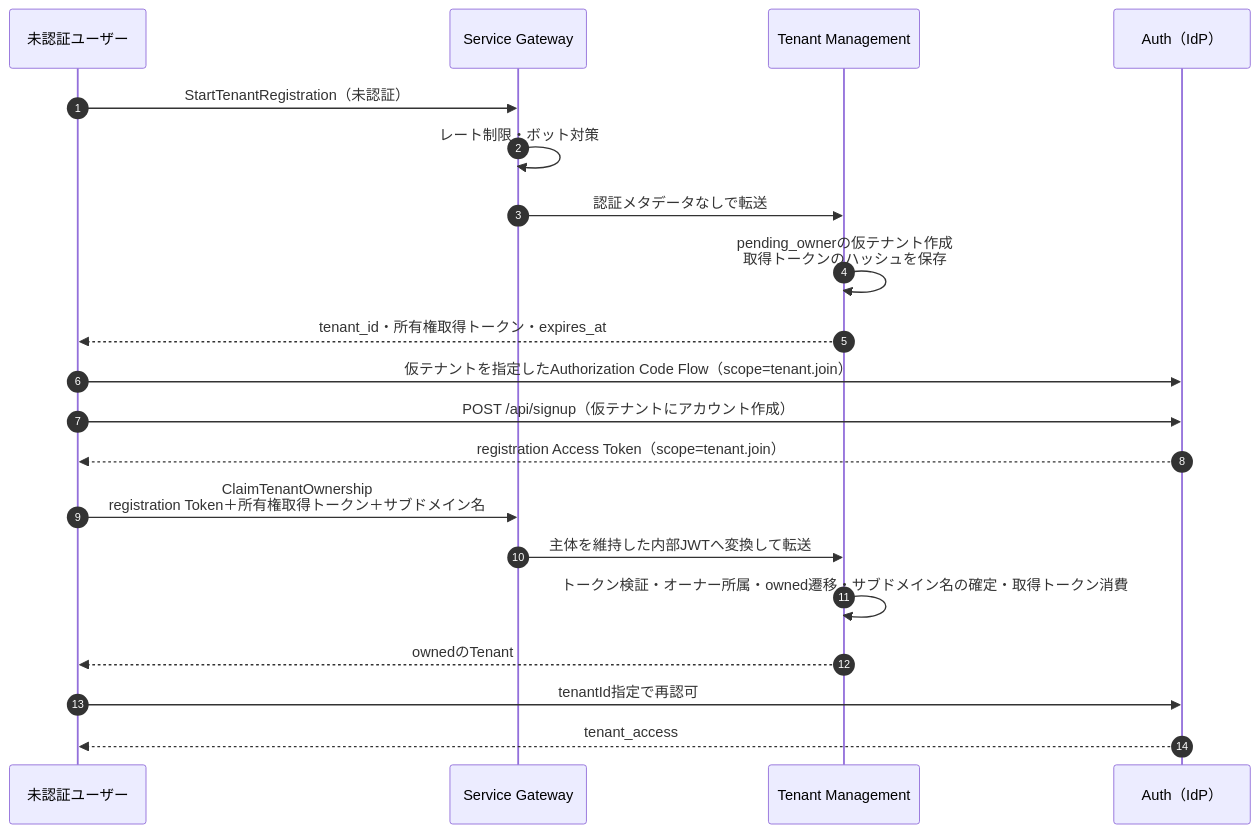
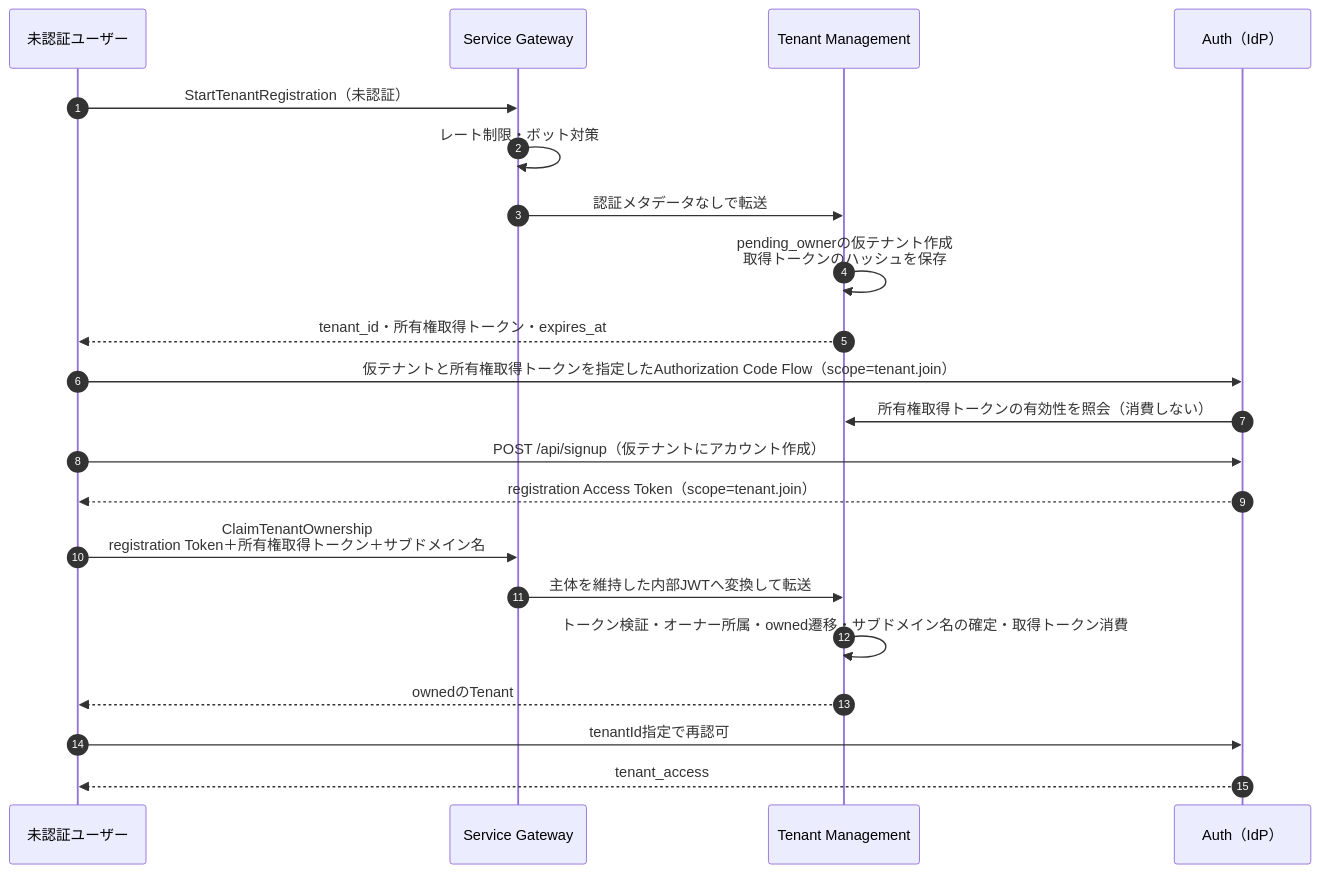
Before and after one commit to pj-hoakari/tolo-service-gateway: the fourth of 6 diagrams in docs/service_map.md, drawn with Mermaid. The commit also changed other lines of this file, not shown here.

Commit message:
docs: sync spec docs with hoakari-root

````diff
--- a/docs/service_map.md
+++ b/docs/service_map.md
@@ -202,23 +202,24 @@
 ```mermaid
 sequenceDiagram
   autonumber
   participant User as 未認証ユーザー
   participant GW as Service Gateway
   participant TM as Tenant Management
   participant IdP as Auth（IdP）
 
   User->>GW: StartTenantRegistration（未認証）
   GW->>GW: レート制限・ボット対策
   GW->>TM: 認証メタデータなしで転送
   TM->>TM: pending_ownerの仮テナント作成<br/>取得トークンのハッシュを保存
   TM-->>User: tenant_id・所有権取得トークン・expires_at
-  User->>IdP: 仮テナントを指定したAuthorization Code Flow（scope=tenant.join）
+  User->>IdP: 仮テナントと所有権取得トークンを指定したAuthorization Code Flow（scope=tenant.join）
+  IdP->>TM: 所有権取得トークンの有効性を照会（消費しない）
   User->>IdP: POST /api/signup（仮テナントにアカウント作成）
   IdP-->>User: registration Access Token（scope=tenant.join）
   User->>GW: ClaimTenantOwnership<br/>registration Token＋所有権取得トークン＋サブドメイン名
   GW->>TM: 主体を維持した内部JWTへ変換して転送
   TM->>TM: トークン検証・オーナー所属・owned遷移・サブドメイン名の確定・取得トークン消費
   TM-->>User: ownedのTenant
   User->>IdP: tenantId指定で再認可
   IdP-->>User: tenant_access
 ```
````
